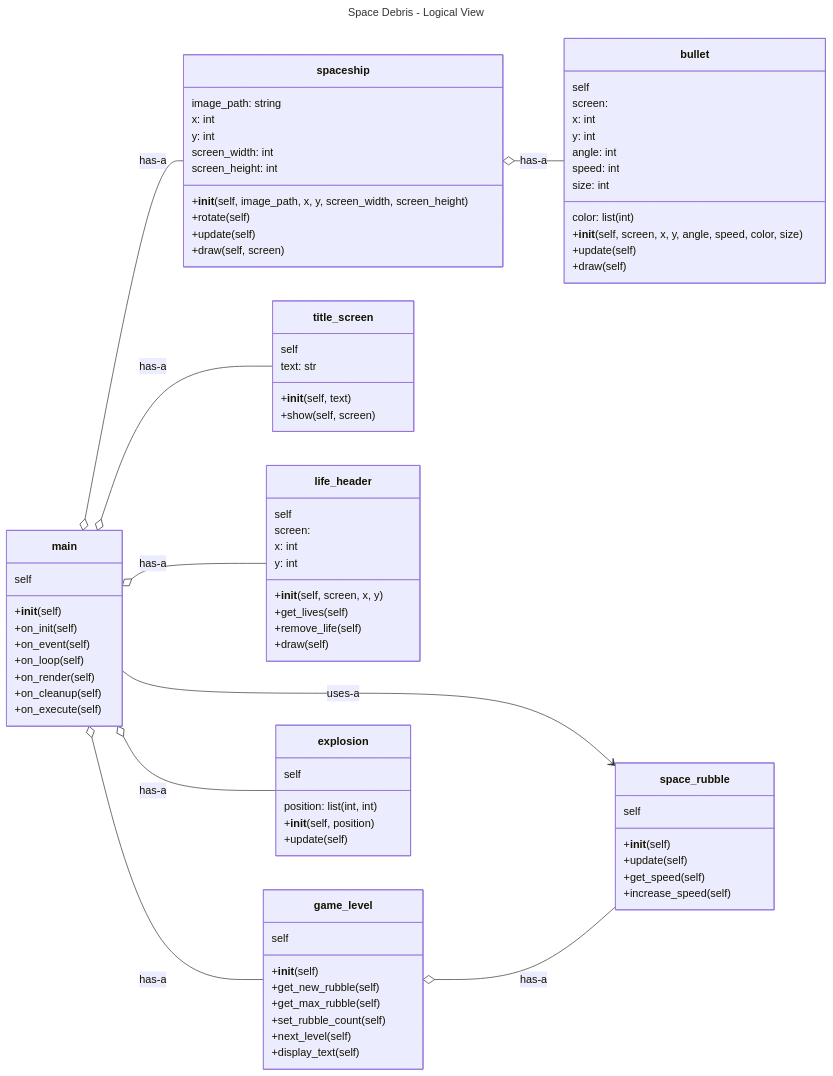
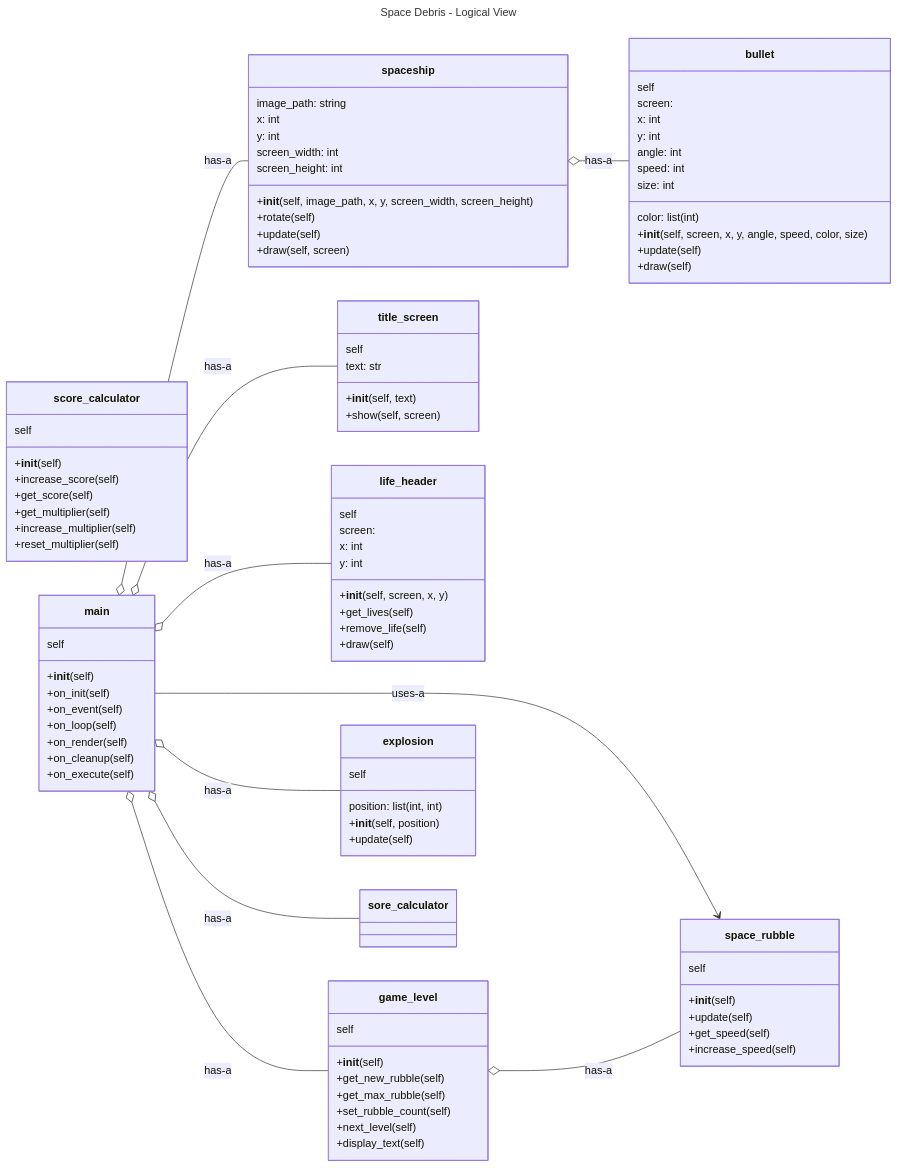
One commit to mmehta2669/Final_Project_Group_2 changed the first of 3 diagrams in README.md. Above: the diagram before and after it, drawn with Mermaid.

````diff
--- a/README.md
+++ b/README.md
@@ -86,6 +86,16 @@
   +update(self)
 }
 
+ class score_calculator {
+  self
+  +__init__(self)
+  +increase_score(self)
+  +get_score(self)
+  +get_multiplier(self)
+  +increase_multiplier(self)
+  +reset_multiplier(self)
+}
+
  class main {
   self
   +__init__(self)
@@ -103,6 +113,7 @@
  main o-- life_header: has-a
  main o-- game_level: has-a
  main o-- explosion: has-a
+ main o-- sore_calculator: has-a
  spaceship o-- bullet : has-a
  game_level o-- space_rubble: has-a
 ```
````
